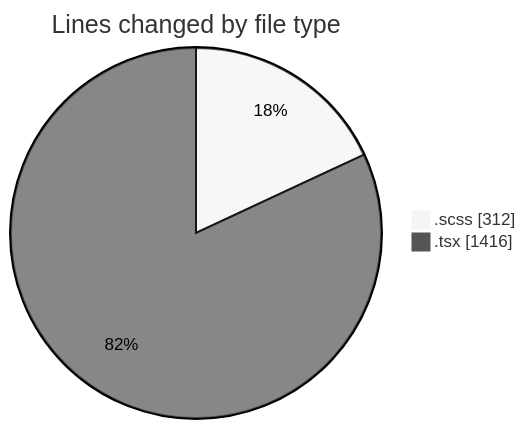
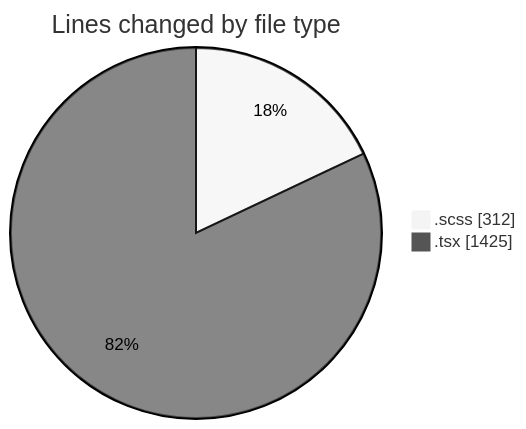
Before and after one commit to momahboobian/code-tracking: the first of 2 diagrams in 2025-08-28/cda/README.md, drawn with Mermaid (neutral theme). The commit also changed other lines of this file and 1 other file, not shown here.

````diff
--- a/2025-08-28/cda/README.md
+++ b/2025-08-28/cda/README.md
@@ -25,6 +25,6 @@
 ```mermaid
 pie showData
 title Lines changed by file type
 ".scss" : 312
-".tsx" : 1416
+".tsx" : 1425
 ```
````
